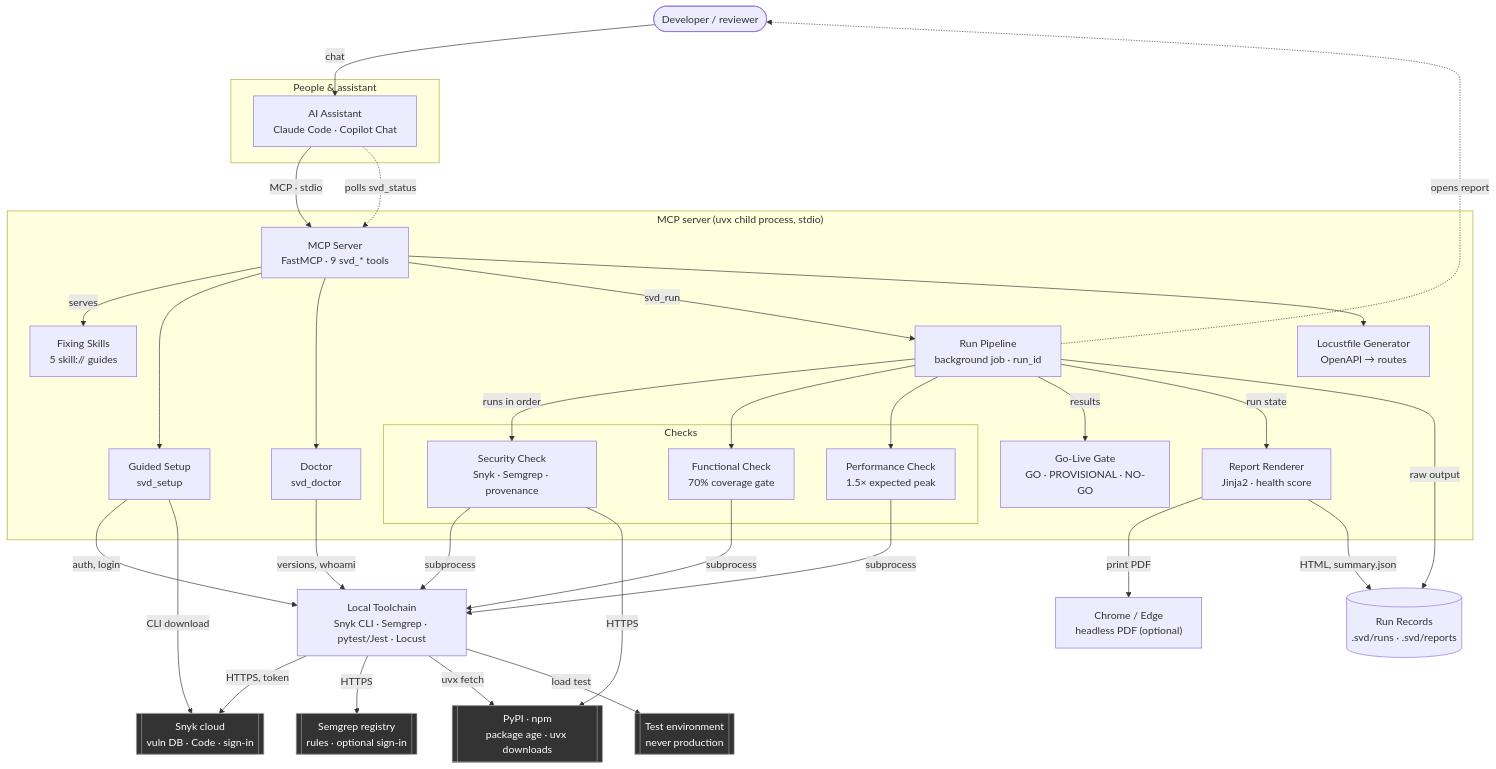
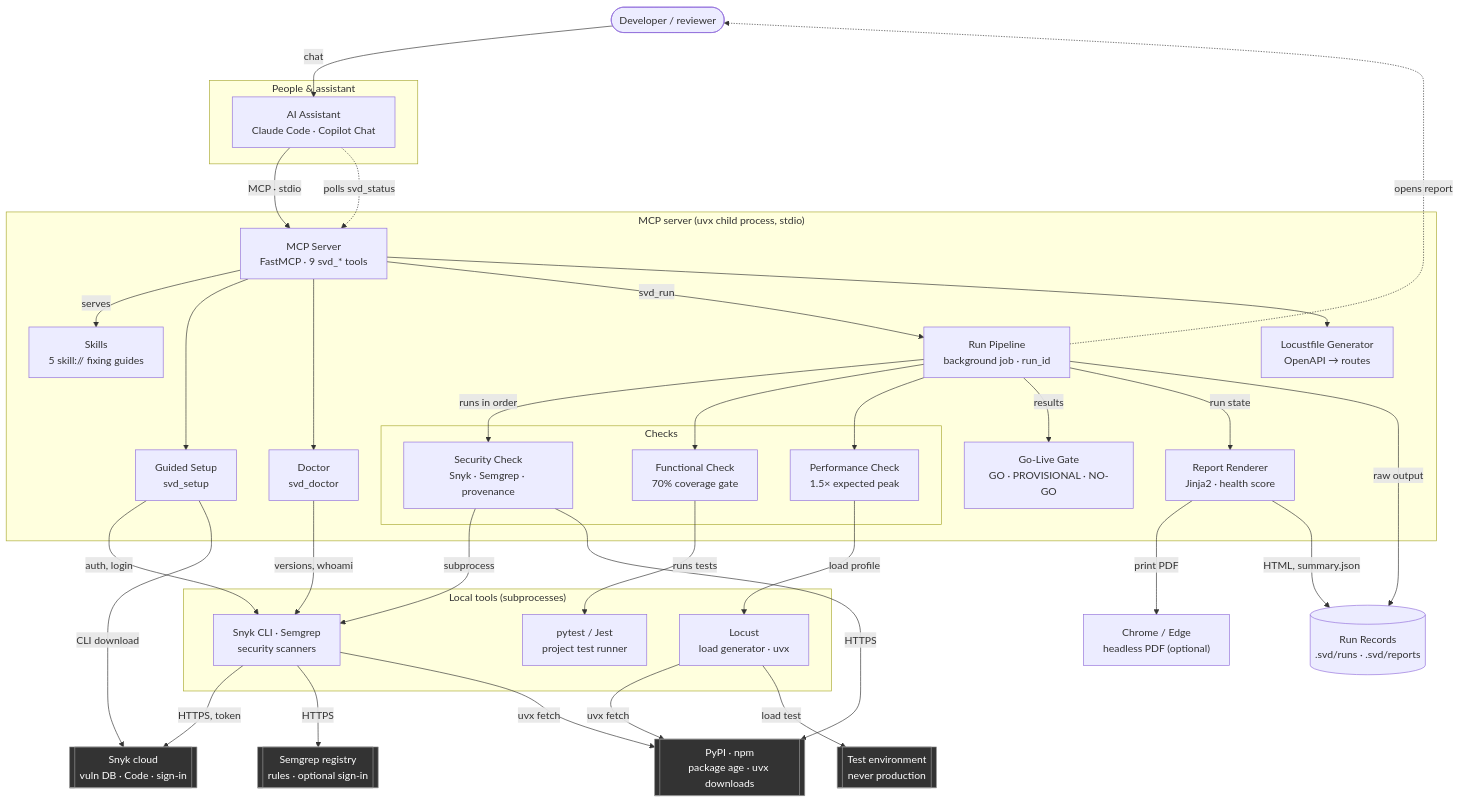
The diagram in docs/architecture/system-diagram.md (t-labs-buy/secure-vibe-delivery), drawn with Mermaid before and after one commit. The commit also changed other lines of this file and 8 other files, not shown here.

First line of the commit message:
Docs: diagrams show each check's own local tool

````diff
--- a/docs/architecture/system-diagram.md
+++ b/docs/architecture/system-diagram.md
@@ -15,65 +15,70 @@
 ```mermaid
 flowchart TD
     User(["Developer / reviewer"])
 
     subgraph Assistant["People & assistant"]
         AST["AI Assistant<br/>Claude Code · Copilot Chat"]
     end
 
     subgraph Server["MCP server (uvx child process, stdio)"]
         MCP["MCP Server<br/>FastMCP · 9 svd_* tools"]
-        SK["Fixing Skills<br/>5 skill:// guides"]
+        SK["Skills<br/>5 skill:// fixing guides"]
         SETUP["Guided Setup<br/>svd_setup"]
         DOC["Doctor<br/>svd_doctor"]
         PIPE["Run Pipeline<br/>background job · run_id"]
         LGEN["Locustfile Generator<br/>OpenAPI → routes"]
         subgraph Checks
             SEC["Security Check<br/>Snyk · Semgrep · provenance"]
             FUN["Functional Check<br/>70% coverage gate"]
             PERF["Performance Check<br/>1.5× expected peak"]
         end
         GATE["Go-Live Gate<br/>GO · PROVISIONAL · NO-GO"]
         REND["Report Renderer<br/>Jinja2 · health score"]
     end
 
-    TOOLS["Local Toolchain<br/>Snyk CLI · Semgrep · pytest/Jest · Locust"]
+    subgraph Tools["Local tools (subprocesses)"]
+        SCAN["Snyk CLI · Semgrep<br/>security scanners"]
+        PYT["pytest / Jest<br/>project test runner"]
+        LOC["Locust<br/>load generator · uvx"]
+    end
     RUNS[("Run Records<br/>.svd/runs · .svd/reports")]
     CHROME["Chrome / Edge<br/>headless PDF (optional)"]
 
     SNYK[["Snyk cloud<br/>vuln DB · Code · sign-in"]]
     SGR[["Semgrep registry<br/>rules · optional sign-in"]]
     REG[["PyPI · npm<br/>package age · uvx downloads"]]
     TEST[["Test environment<br/>never production"]]
 
     User -->|chat| AST
     AST -->|"MCP · stdio"| MCP
     AST -.->|"polls svd_status"| MCP
     MCP -->|serves| SK
     MCP --> SETUP
     MCP --> DOC
     MCP -->|"svd_run"| PIPE
     MCP --> LGEN
     PIPE -->|"runs in order"| SEC
     PIPE --> FUN
     PIPE --> PERF
-    SEC -->|subprocess| TOOLS
-    FUN -->|subprocess| TOOLS
-    PERF -->|subprocess| TOOLS
-    SETUP -->|"auth, login"| TOOLS
-    DOC -->|"versions, whoami"| TOOLS
+    SEC -->|subprocess| SCAN
+    FUN -->|"runs tests"| PYT
+    PERF -->|"load profile"| LOC
+    SETUP -->|"auth, login"| SCAN
+    DOC -->|"versions, whoami"| SCAN
     SEC -->|"HTTPS"| REG
-    TOOLS -->|"HTTPS, token"| SNYK
-    TOOLS -->|HTTPS| SGR
-    TOOLS -->|"uvx fetch"| REG
-    TOOLS -->|"load test"| TEST
+    SCAN -->|"HTTPS, token"| SNYK
+    SCAN -->|HTTPS| SGR
+    SCAN -->|"uvx fetch"| REG
+    LOC -->|"uvx fetch"| REG
+    LOC -->|"load test"| TEST
     SETUP -->|"CLI download"| SNYK
     PIPE -->|results| GATE
     PIPE -->|"run state"| REND
     REND -->|"print PDF"| CHROME
     REND -->|"HTML, summary.json"| RUNS
     PIPE -->|"raw output"| RUNS
     PIPE -.->|"opens report"| User
 
     classDef external fill:#333,stroke:#999,color:#fff;
     class SNYK,SGR,REG,TEST external;
 ```
````
